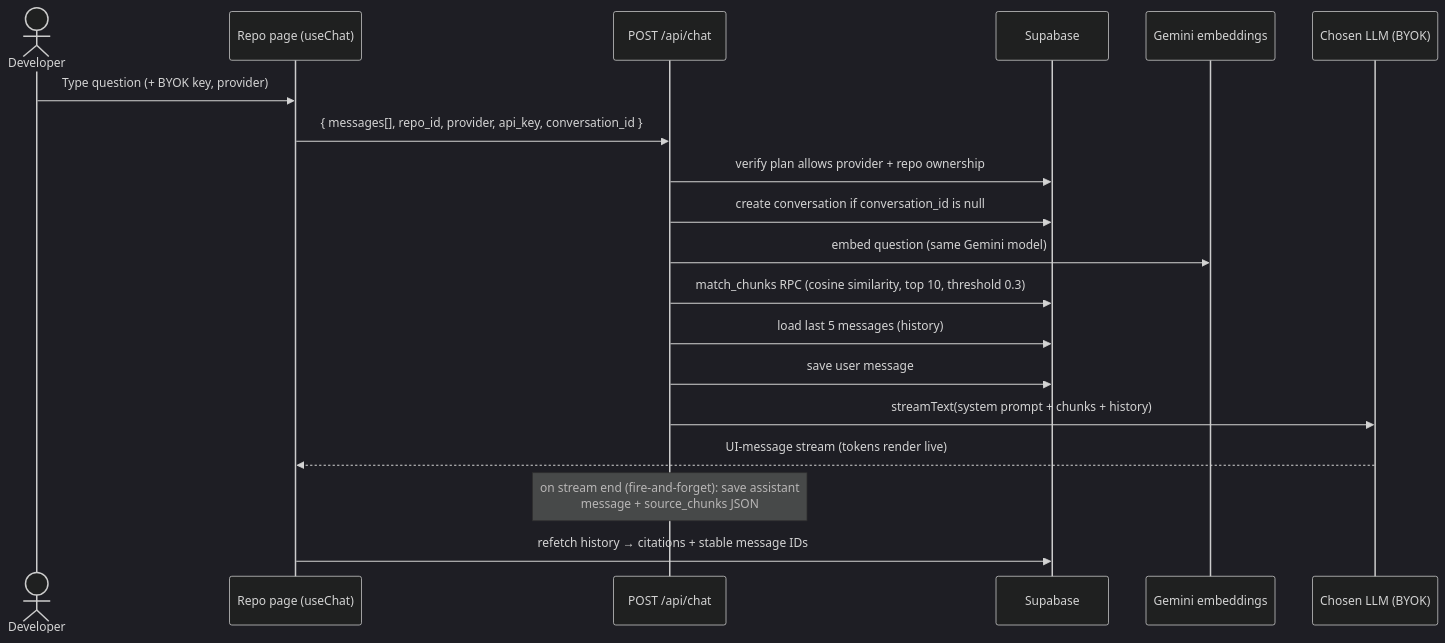
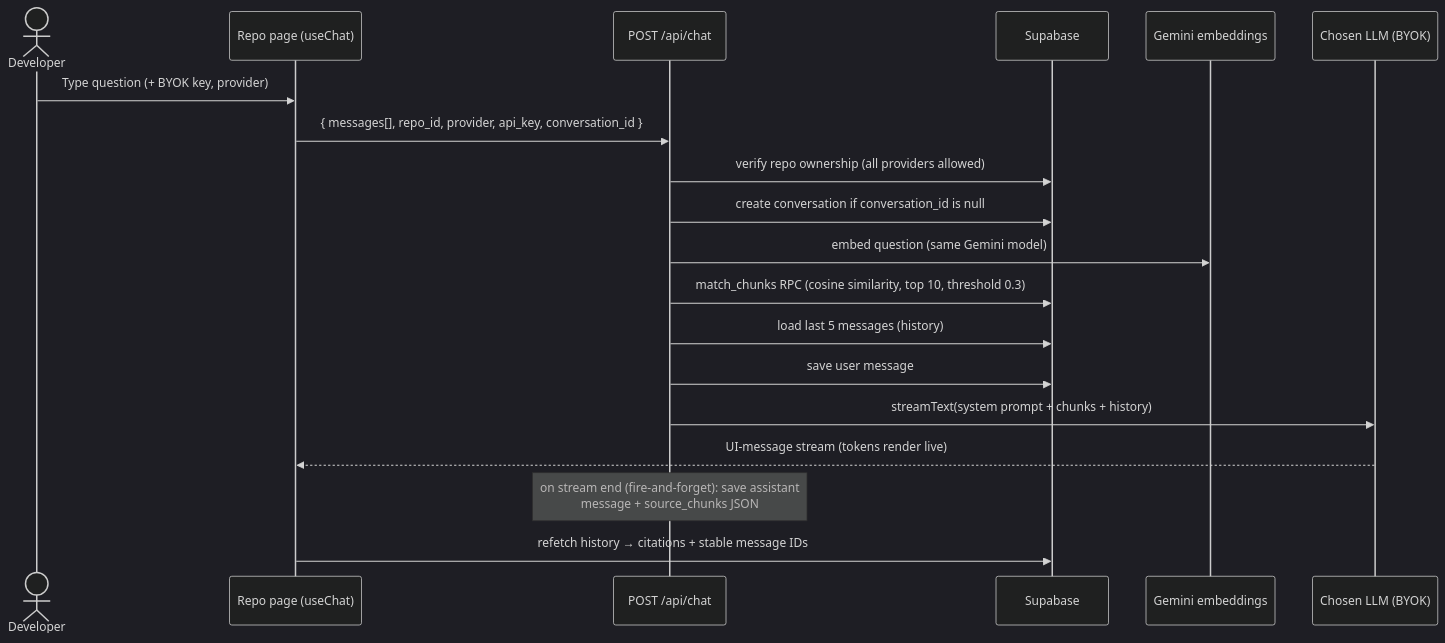
The third of 4 diagrams in README.md (rishabhsharmaa/DevAsk), drawn with Mermaid (dark theme) before and after one commit. The commit also changed other lines of this file and 23 other files, not shown here.

````diff
--- a/README.md
+++ b/README.md
@@ -134,22 +130,22 @@
 ```mermaid
 sequenceDiagram
     actor D as Developer
     participant UI as Repo page (useChat)
     participant API as POST /api/chat
     participant DB as Supabase
     participant GE as Gemini embeddings
     participant LLM as Chosen LLM (BYOK)
 
     D->>UI: Type question (+ BYOK key, provider)
     UI->>API: { messages[], repo_id, provider, api_key, conversation_id }
-    API->>DB: verify plan allows provider + repo ownership
+    API->>DB: verify repo ownership (all providers allowed)
     API->>DB: create conversation if conversation_id is null
     API->>GE: embed question (same Gemini model)
     API->>DB: match_chunks RPC (cosine similarity, top 10, threshold 0.3)
     API->>DB: load last 5 messages (history)
     API->>DB: save user message
     API->>LLM: streamText(system prompt + chunks + history)
     LLM-->>UI: UI-message stream (tokens render live)
     Note over API: on stream end (fire-and-forget): save assistant<br/>message + source_chunks JSON
     UI->>DB: refetch history → citations + stable message IDs
 ```
````
